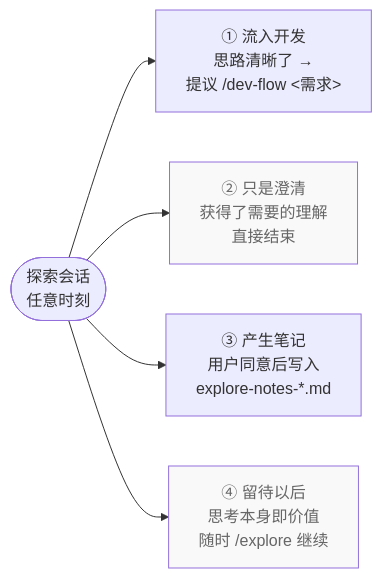
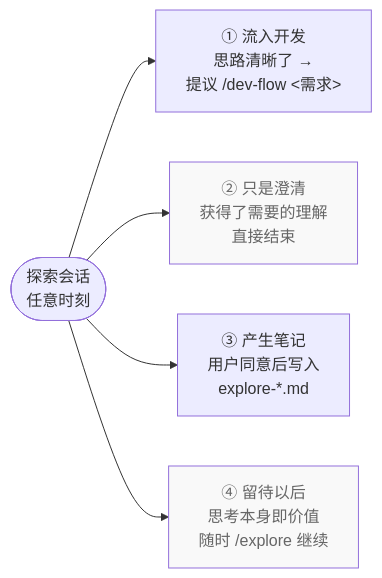
One commit to GMshuS/opencode-study changed the third of 4 diagrams in docs/explore-DESIGN.md. Above: the diagram before and after it, drawn with Mermaid. The commit also changed other lines of this file and 9 other files, not shown here.

````diff
--- a/docs/explore-DESIGN.md
+++ b/docs/explore-DESIGN.md
@@ -184,10 +204,10 @@
 ```mermaid
 flowchart LR
     EX(["探索会话<br/>任意时刻"]) --> O1["① 流入开发<br/>思路清晰了 →<br/>提议 /dev-flow &lt;需求&gt;"]
     EX --> O2["② 只是澄清<br/>获得了需要的理解<br/>直接结束"]
-    EX --> O3["③ 产生笔记<br/>用户同意后写入<br/>explore-notes-*.md"]
+    EX --> O3["③ 产生笔记<br/>用户同意后写入<br/>explore-*.md"]
     EX --> O4["④ 留待以后<br/>思考本身即价值<br/>随时 /explore 继续"]
 
     style O2 fill:#f9f9f9,color:#666
     style O4 fill:#f9f9f9,color:#666
 ```
````
